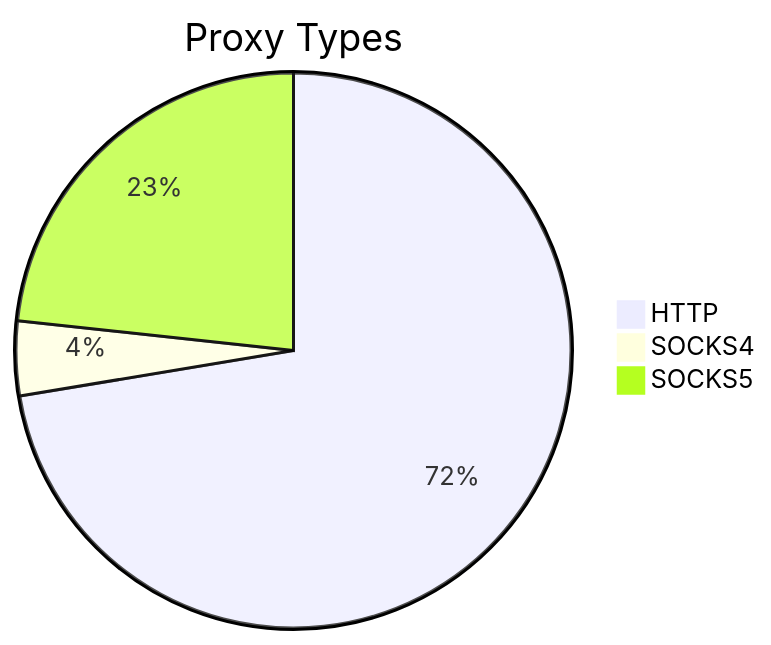
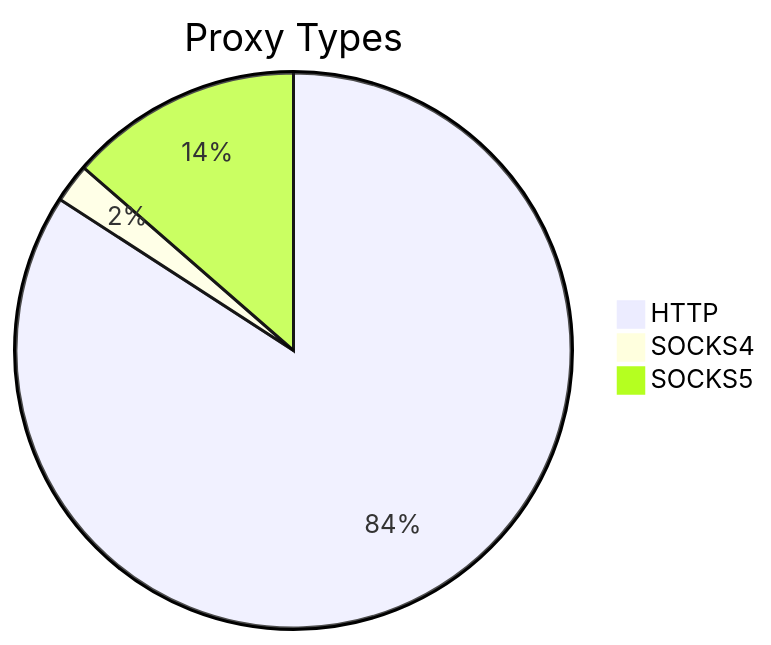
One commit to stormsia/proxy-list changed the first of 2 diagrams in README.md. Above: the diagram before and after it, drawn with Mermaid. The commit also changed other lines of this file, not shown here.

````diff
--- a/README.md
+++ b/README.md
@@ -21,6 +21,6 @@
 ```mermaid
 pie title Proxy Types
-    "HTTP" : 317
-    "SOCKS4" : 19
-    "SOCKS5" : 102
+    "HTTP" : 260
+    "SOCKS4" : 7
+    "SOCKS5" : 42
 ```
````
